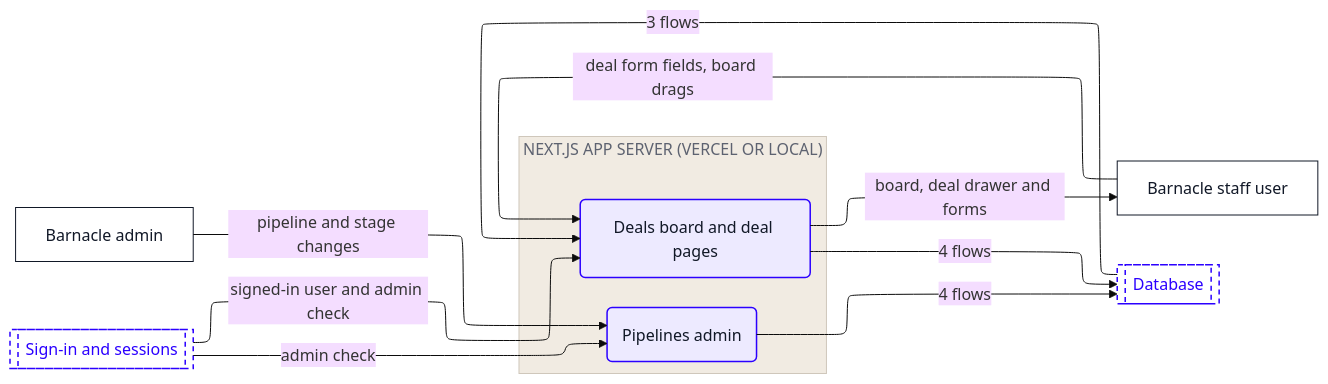
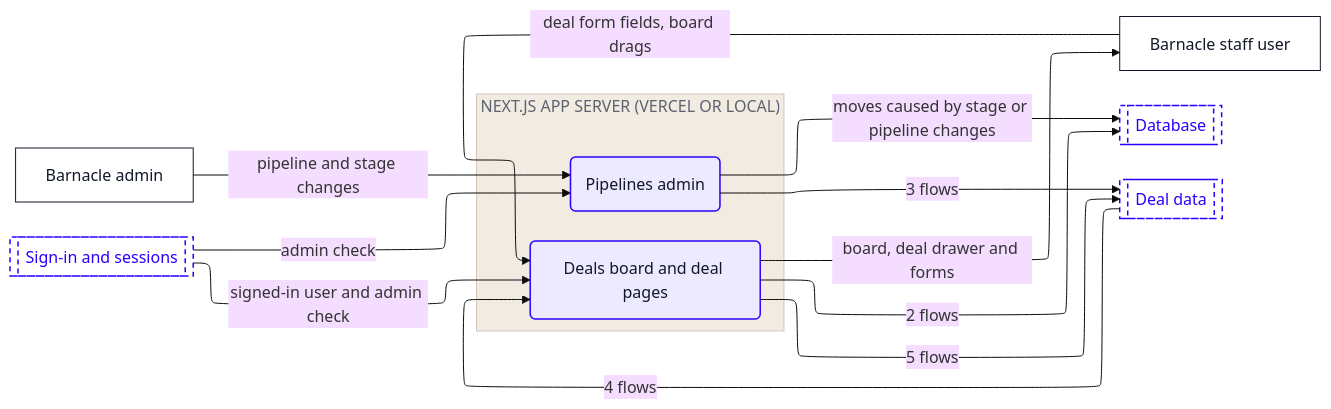
One commit to Romain-Perche/Barnacle-Pipe changed the sixth of 10 diagrams in dataflow/DATAFLOW.md. Above: the diagram before and after it, drawn with Mermaid (base theme). The commit also changed other lines of this file and 10 other files, not shown here.

````diff
--- a/dataflow/DATAFLOW.md
+++ b/dataflow/DATAFLOW.md
@@ -248,33 +292,36 @@
 ```mermaid
 ---
 config:
   layout: elk
 ---
 flowchart LR
     n1["Barnacle admin"]
     n2["Barnacle staff user"]
     subgraph z1["NEXT.JS APP SERVER (VERCEL OR LOCAL)"]
         n3("Deals board and deal pages")
         n4("Pipelines admin")
     end
     n5[["Database"]]
-    n6[["Sign-in and sessions"]]
+    n6[["Deal data"]]
+    n7[["Sign-in and sessions"]]
     n1 -->|"pipeline and stage changes"| n4
-    n3 -->|"4 flows"| n5
+    n6 -->|"4 flows"| n3
+    n3 -->|"5 flows"| n6
+    n3 -->|"2 flows"| n5
     n3 -->|"board, deal drawer and forms"| n2
-    n5 -->|"3 flows"| n3
-    n4 -->|"4 flows"| n5
-    n6 -->|"signed-in user and admin check"| n3
-    n6 -->|"admin check"| n4
+    n4 -->|"3 flows"| n6
+    n4 -->|"moves caused by stage or pipeline changes"| n5
+    n7 -->|"signed-in user and admin check"| n3
+    n7 -->|"admin check"| n4
     n2 -->|"deal form fields, board drags"| n3
     classDef actor fill:#FFFFFF,stroke:#111827,stroke-width:1px,color:#111827
     classDef process fill:#EDEAFF,stroke:#2B00FF,stroke-width:1.5px,color:#111827
     classDef store fill:#FAF6F1,stroke:#111827,stroke-width:1.5px,color:#111827
     classDef zone fill:#1A1A1A,stroke:#1A1A1A,color:#FFFFFF
     classDef group fill:#2B00FF,stroke:#2B00FF,color:#FFFFFF
     classDef stub fill:#FFFFFF,stroke:#2B00FF,stroke-width:1.5px,stroke-dasharray:5 4,color:#2B00FF
     class n1,n2 actor
     class n3,n4 process
-    class n5,n6 stub
+    class n5,n6,n7 stub
     style z1 fill:#F1EBE2,stroke:#CFC7BB,color:#5D6270
 ```
````
